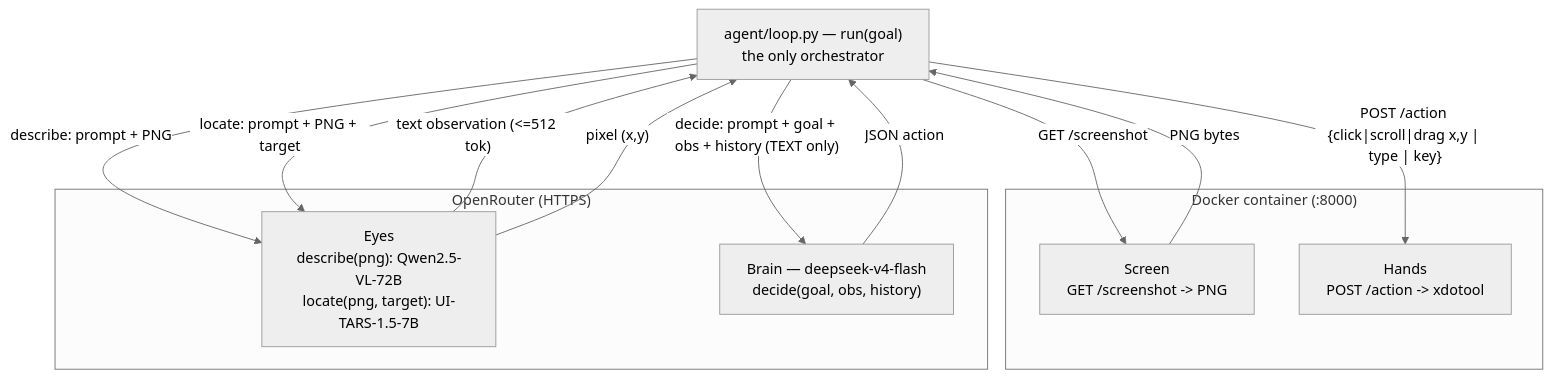
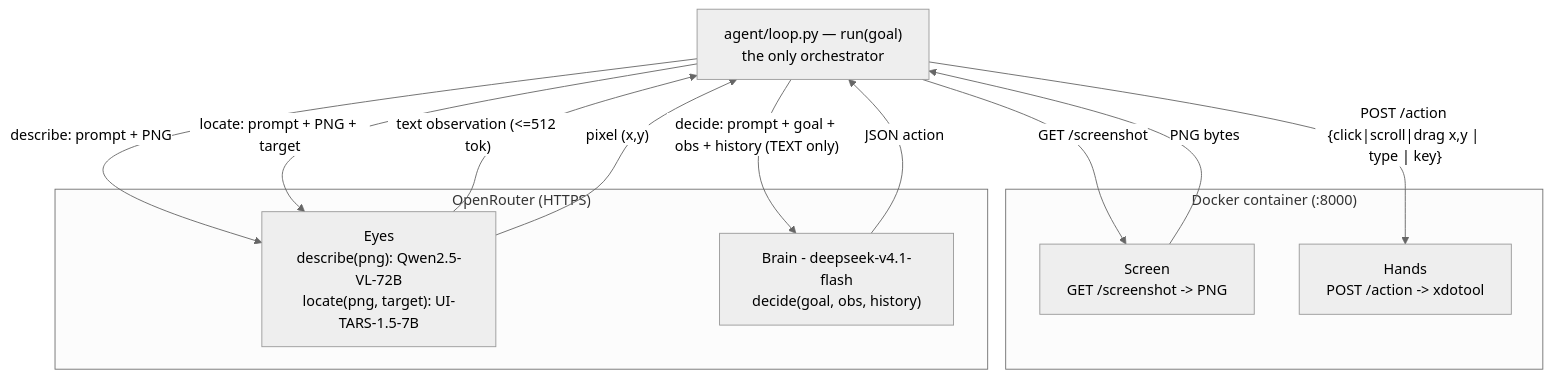
The first of 5 diagrams in docs/agent-loop-flow.md (alvseek/BRYES), drawn with Mermaid (neutral theme) before and after one commit. The commit also changed other lines of this file and 5 other files, not shown here.

First line of the commit message:
feat(brain): default to deepseek-v4.1-flash, verified under forced tool-calling

````diff
--- a/docs/agent-loop-flow.md
+++ b/docs/agent-loop-flow.md
@@ -39,24 +39,24 @@
 ```mermaid
 graph TD
     Loop["agent/loop.py — run(goal)<br/>the only orchestrator"]
 
     subgraph container["Docker container (:8000)"]
         Screen["Screen<br/>GET /screenshot -> PNG"]
         Hands["Hands<br/>POST /action -> xdotool"]
     end
 
     subgraph openrouter["OpenRouter (HTTPS)"]
         Eyes["Eyes<br/>describe(png): Qwen2.5-VL-72B<br/>locate(png, target): UI-TARS-1.5-7B"]
-        Brain["Brain — deepseek-v4-flash<br/>decide(goal, obs, history)"]
+        Brain["Brain - deepseek-v4.1-flash<br/>decide(goal, obs, history)"]
     end
 
     Loop -->|"GET /screenshot"| Screen
     Screen -->|"PNG bytes"| Loop
     Loop -->|"describe: prompt + PNG"| Eyes
     Eyes -->|"text observation (<=512 tok)"| Loop
     Loop -->|"decide: prompt + goal + obs + history (TEXT only)"| Brain
     Brain -->|"JSON action"| Loop
     Loop -->|"locate: prompt + PNG + target"| Eyes
     Eyes -->|"pixel (x,y)"| Loop
     Loop -->|"POST /action {click|scroll|drag x,y | type | key}"| Hands
 ```
````
